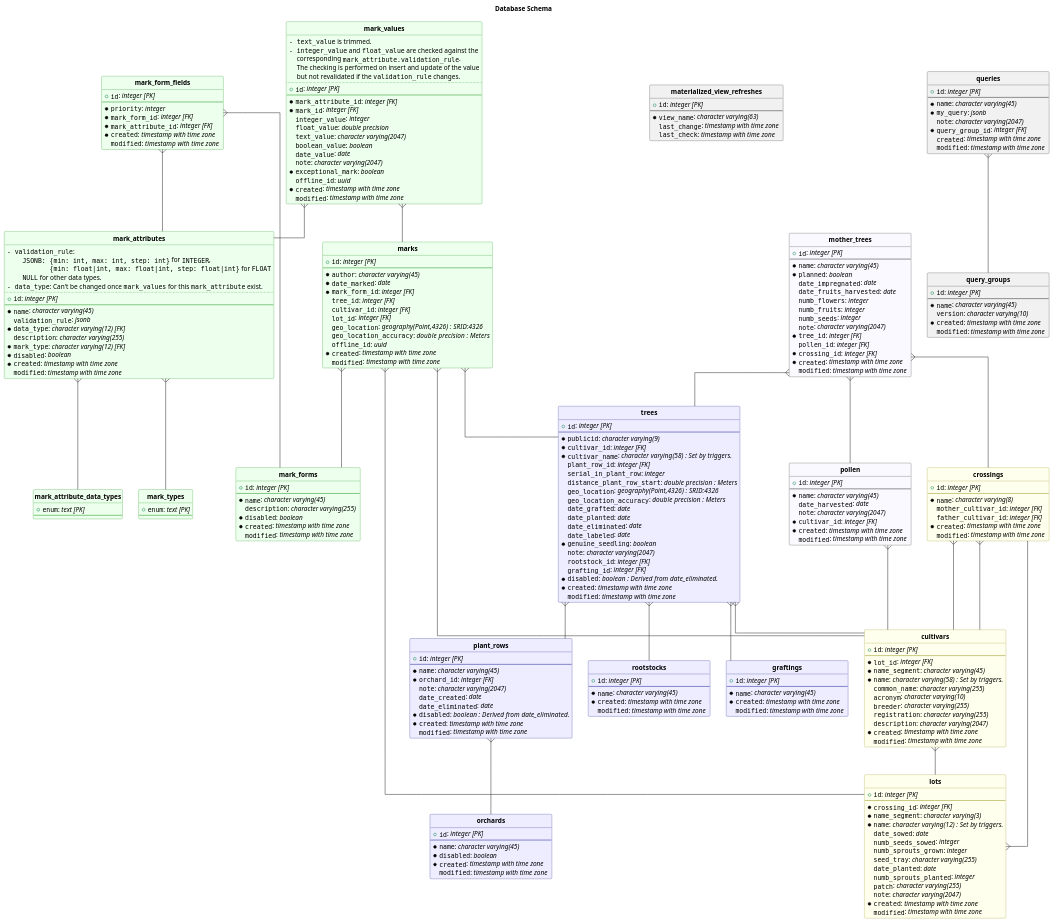
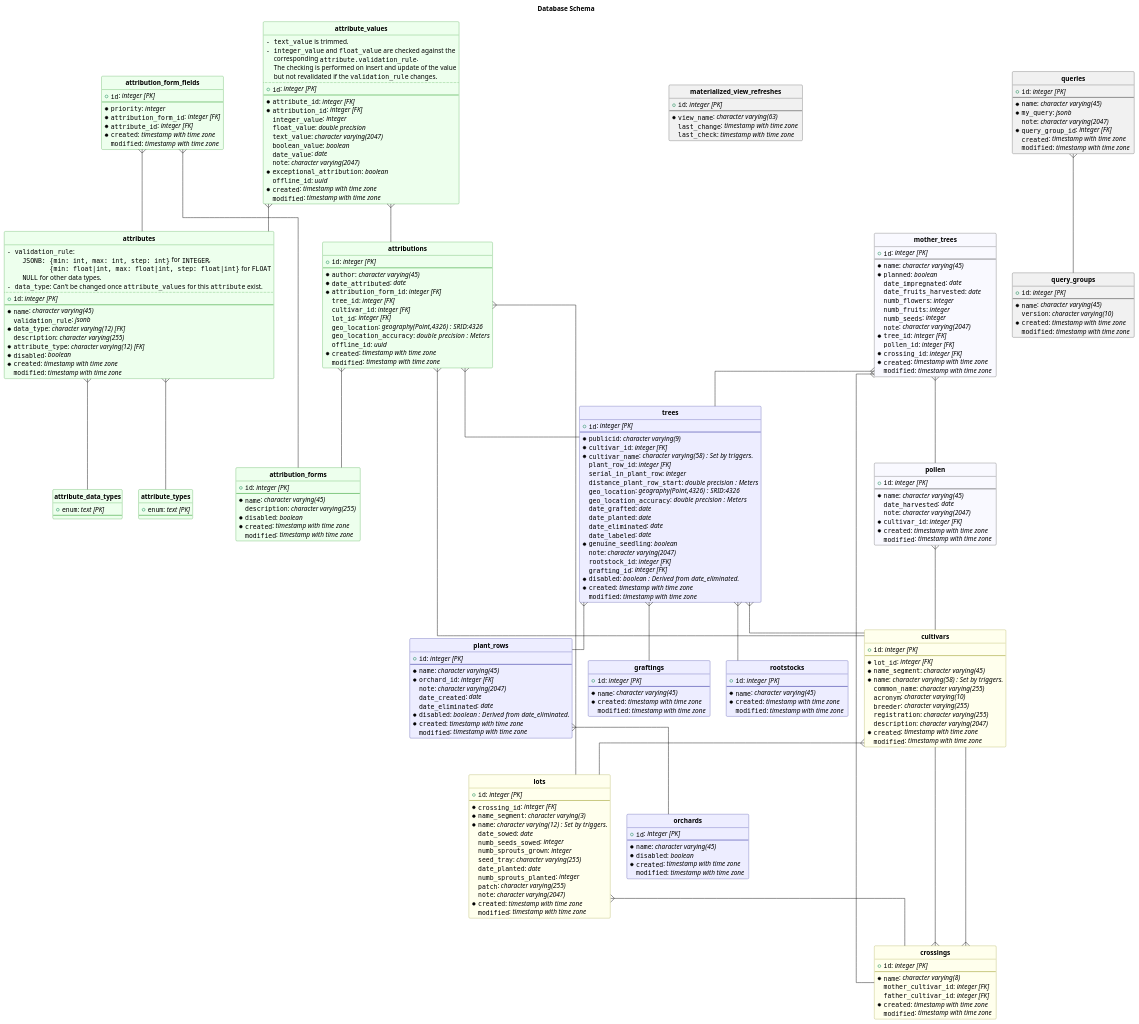
One commit to bolliger-tech/breedersdb.com changed the diagram in backend/docs/database.puml. Above: the diagram before and after it, drawn with PlantUML. The commit also changed 2 other files, not shown here.

Commit message:
[DOCS] updated database uml

```diff
--- a/backend/docs/database.puml
+++ b/backend/docs/database.puml
@@ -2,6 +2,86 @@
 title Database Schema
 hide circle
 skinparam linetype ortho
+
+entity "**attribute_data_types**" #00ff0012 ##008800 {
+  + ""enum"": //text [PK]//
+  --
+}
+
+entity "**attribute_types**" #00ff0012 ##008800 {
+  + ""enum"": //text [PK]//
+  --
+}
+
+entity "**attribute_values**" #00ff0012 ##008800 {
+  ""- text_value"" is trimmed.\n""- integer_value"" and ""float_value"" are checked against the\n""  ""corresponding ""attribute.validation_rule"".\n""  ""The checking is performed on insert and update of the value\n""  ""but not revalidated if the ""validation_rule"" changes.
+  ..
+  + ""id"": //integer [PK]//
+  --
+  *""attribute_id"": //integer [FK]//
+  *""attribution_id"": //integer [FK]//
+  ""integer_value"": //integer //
+  ""float_value"": //double precision //
+  ""text_value"": //character varying(2047) //
+  ""boolean_value"": //boolean //
+  ""date_value"": //date //
+  ""note"": //character varying(2047) //
+  *""exceptional_attribution"": //boolean //
+  ""offline_id"": //uuid //
+  *""created"": //timestamp with time zone //
+  ""modified"": //timestamp with time zone //
+}
+
+entity "**attributes**" #00ff0012 ##008800 {
+  ""- validation_rule"":\n""    JSONB: {min: int, max: int, step: int}"" for ""INTEGER"",\n""           {min: float|int, max: float|int, step: float|int}"" for ""FLOAT""\n""    NULL"" for other data types.\n""- data_type"": Can&#39;t be changed once ""attribute_values"" for this ""attribute"" exist.
+  ..
+  + ""id"": //integer [PK]//
+  --
+  *""name"": //character varying(45) //
+  ""validation_rule"": //jsonb //
+  *""data_type"": //character varying(12) [FK]//
+  ""description"": //character varying(255) //
+  *""attribute_type"": //character varying(12) [FK]//
+  *""disabled"": //boolean //
+  *""created"": //timestamp with time zone //
+  ""modified"": //timestamp with time zone //
+}
+
+entity "**attribution_form_fields**" #00ff0012 ##008800 {
+  + ""id"": //integer [PK]//
+  --
+  *""priority"": //integer //
+  *""attribution_form_id"": //integer [FK]//
+  *""attribute_id"": //integer [FK]//
+  *""created"": //timestamp with time zone //
+  ""modified"": //timestamp with time zone //
+}
+
+entity "**attribution_forms**" #00ff0012 ##008800 {
+  + ""id"": //integer [PK]//
+  --
+  *""name"": //character varying(45) //
+  ""description"": //character varying(255) //
+  *""disabled"": //boolean //
+  *""created"": //timestamp with time zone //
+  ""modified"": //timestamp with time zone //
+}
+
+entity "**attributions**" #00ff0012 ##008800 {
+  + ""id"": //integer [PK]//
+  --
+  *""author"": //character varying(45) //
+  *""date_attributed"": //date //
+  *""attribution_form_id"": //integer [FK]//
+  ""tree_id"": //integer [FK]//
+  ""cultivar_id"": //integer [FK]//
+  ""lot_id"": //integer [FK]//
+  ""geo_location"": //geography(Point,4326)  : SRID:4326//
+  ""geo_location_accuracy"": //double precision  : Meters//
+  ""offline_id"": //uuid //
+  *""created"": //timestamp with time zone //
+  ""modified"": //timestamp with time zone //
+}
 
 entity "**crossings**" #ffff0012 ##888800 {
   + ""id"": //integer [PK]//
@@ -50,86 +130,6 @@
   ""numb_sprouts_planted"": //integer //
   ""patch"": //character varying(255) //
   ""note"": //character varying(2047) //
-  *""created"": //timestamp with time zone //
-  ""modified"": //timestamp with time zone //
-}
-
-entity "**mark_attribute_data_types**" #00ff0012 ##008800 {
-  + ""enum"": //text [PK]//
-  --
-}
-
-entity "**mark_attributes**" #00ff0012 ##008800 {
-  ""- validation_rule"":\n""    JSONB: {min: int, max: int, step: int}"" for ""INTEGER"",\n""           {min: float|int, max: float|int, step: float|int}"" for ""FLOAT""\n""    NULL"" for other data types.\n""- data_type"": Can&#39;t be changed once ""mark_values"" for this ""mark_attribute"" exist.
-  ..
-  + ""id"": //integer [PK]//
-  --
-  *""name"": //character varying(45) //
-  ""validation_rule"": //jsonb //
-  *""data_type"": //character varying(12) [FK]//
-  ""description"": //character varying(255) //
-  *""mark_type"": //character varying(12) [FK]//
-  *""disabled"": //boolean //
-  *""created"": //timestamp with time zone //
-  ""modified"": //timestamp with time zone //
-}
-
-entity "**mark_form_fields**" #00ff0012 ##008800 {
-  + ""id"": //integer [PK]//
-  --
-  *""priority"": //integer //
-  *""mark_form_id"": //integer [FK]//
-  *""mark_attribute_id"": //integer [FK]//
-  *""created"": //timestamp with time zone //
-  ""modified"": //timestamp with time zone //
-}
-
-entity "**mark_forms**" #00ff0012 ##008800 {
-  + ""id"": //integer [PK]//
-  --
-  *""name"": //character varying(45) //
-  ""description"": //character varying(255) //
-  *""disabled"": //boolean //
-  *""created"": //timestamp with time zone //
-  ""modified"": //timestamp with time zone //
-}
-
-entity "**mark_types**" #00ff0012 ##008800 {
-  + ""enum"": //text [PK]//
-  --
-}
-
-entity "**mark_values**" #00ff0012 ##008800 {
-  ""- text_value"" is trimmed.\n""- integer_value"" and ""float_value"" are checked against the\n""  ""corresponding ""mark_attribute.validation_rule"".\n""  ""The checking is performed on insert and update of the value\n""  ""but not revalidated if the ""validation_rule"" changes.
-  ..
-  + ""id"": //integer [PK]//
-  --
-  *""mark_attribute_id"": //integer [FK]//
-  *""mark_id"": //integer [FK]//
-  ""integer_value"": //integer //
-  ""float_value"": //double precision //
-  ""text_value"": //character varying(2047) //
-  ""boolean_value"": //boolean //
-  ""date_value"": //date //
-  ""note"": //character varying(2047) //
-  *""exceptional_mark"": //boolean //
-  ""offline_id"": //uuid //
-  *""created"": //timestamp with time zone //
-  ""modified"": //timestamp with time zone //
-}
-
-entity "**marks**" #00ff0012 ##008800 {
-  + ""id"": //integer [PK]//
-  --
-  *""author"": //character varying(45) //
-  *""date_marked"": //date //
-  *""mark_form_id"": //integer [FK]//
-  ""tree_id"": //integer [FK]//
-  ""cultivar_id"": //integer [FK]//
-  ""lot_id"": //integer [FK]//
-  ""geo_location"": //geography(Point,4326)  : SRID:4326//
-  ""geo_location_accuracy"": //double precision  : Meters//
-  ""offline_id"": //uuid //
   *""created"": //timestamp with time zone //
   ""modified"": //timestamp with time zone //
 }
@@ -245,6 +245,26 @@
   ""modified"": //timestamp with time zone //
 }
 
+"**attribute_values**"   }--  "**attributes**"
+
+"**attribute_values**"   }--  "**attributions**"
+
+"**attributes**"   }--  "**attribute_types**"
+
+"**attributes**"   }--  "**attribute_data_types**"
+
+"**attribution_form_fields**"   }--  "**attributes**"
+
+"**attribution_form_fields**"   }--  "**attribution_forms**"
+
+"**attributions**"   }--  "**attribution_forms**"
+
+"**attributions**"   }--  "**cultivars**"
+
+"**attributions**"   }--  "**lots**"
+
+"**attributions**"   }--  "**trees**"
+
 "**crossings**"   }--  "**cultivars**"
 
 "**crossings**"   }--  "**cultivars**"
@@ -252,26 +272,6 @@
 "**cultivars**"   }--  "**lots**"
 
 "**lots**"   }--  "**crossings**"
-
-"**mark_attributes**"   }--  "**mark_attribute_data_types**"
-
-"**mark_attributes**"   }--  "**mark_types**"
-
-"**mark_form_fields**"   }--  "**mark_attributes**"
-
-"**mark_form_fields**"   }--  "**mark_forms**"
-
-"**mark_values**"   }--  "**mark_attributes**"
-
-"**mark_values**"   }--  "**marks**"
-
-"**marks**"   }--  "**cultivars**"
-
-"**marks**"   }--  "**lots**"
-
-"**marks**"   }--  "**mark_forms**"
-
-"**marks**"   }--  "**trees**"
 
 "**mother_trees**"   }--  "**crossings**"
 
```
